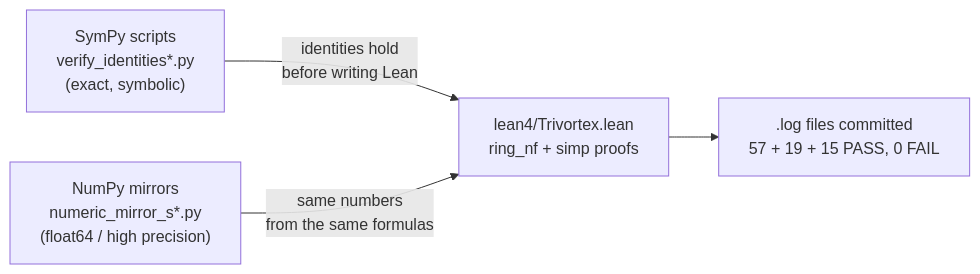
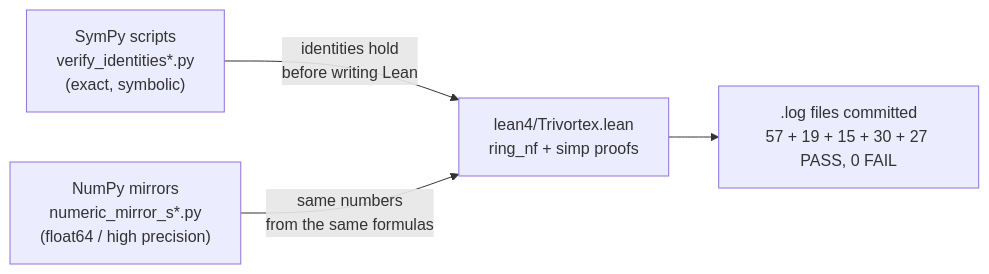
The diagram in verification/notes/README.md (wild8highlander/Trivortex), drawn with Mermaid before and after one commit. The commit also changed other lines of this file and 42 other files, not shown here.

````diff
--- a/verification/notes/README.md
+++ b/verification/notes/README.md
@@ -45,6 +54,6 @@
 ```mermaid
 flowchart LR
     SP["SymPy scripts<br/>verify_identities*.py<br/>(exact, symbolic)"] -->|"identities hold<br/>before writing Lean"| LEAN["lean4/Trivortex.lean<br/>ring_nf + simp proofs"]
     NM["NumPy mirrors<br/>numeric_mirror_s*.py<br/>(float64 / high precision)"] -->|"same numbers<br/>from the same formulas"| LEAN
-    LEAN --> LOGS[".log files committed<br/>57 + 19 + 15 PASS, 0 FAIL"]
+    LEAN --> LOGS[".log files committed<br/>57 + 19 + 15 + 30 + 27 PASS, 0 FAIL"]
 ```
````
